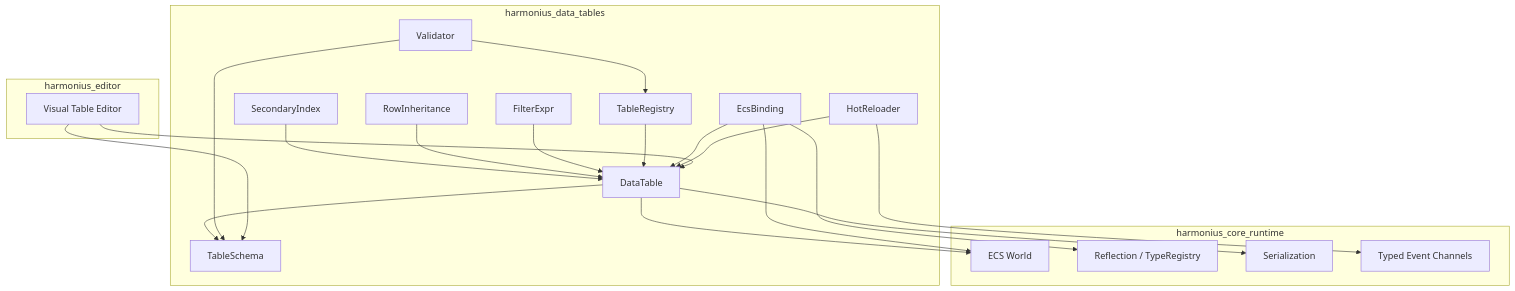
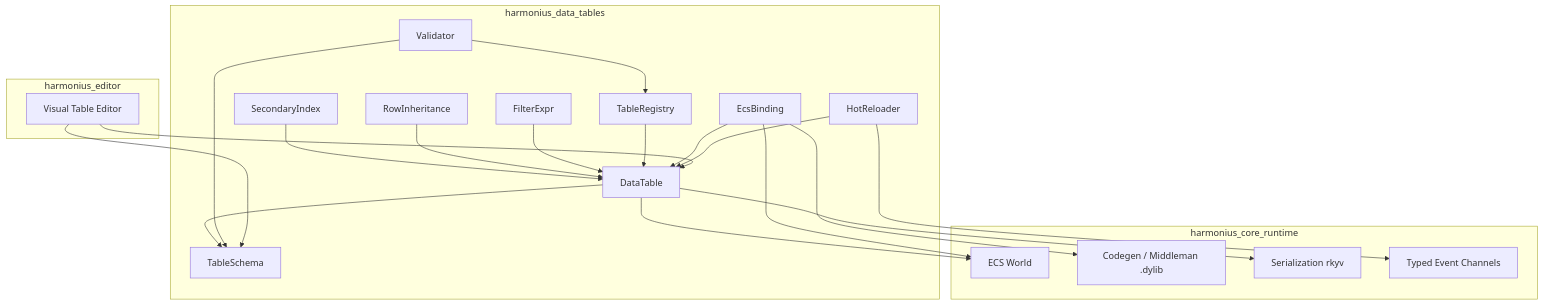
One commit to harmonius-dev/harmonius changed the first of 3 diagrams in docs/design/data-systems/data-tables.md. Above: the diagram before and after it, drawn with Mermaid. The commit also changed other lines of this file and 174 other files, not shown here.

````diff
--- a/docs/design/data-systems/data-tables.md
+++ b/docs/design/data-systems/data-tables.md
@@ -64,44 +74,44 @@
 ```mermaid
 graph TD
     subgraph "harmonius_data_tables"
         TS[TableSchema]
         DT[DataTable]
         IX[SecondaryIndex]
         RI[RowInheritance]
         FE[FilterExpr]
         VA[Validator]
         HR[HotReloader]
         EB[EcsBinding]
         TR[TableRegistry]
     end
 
     subgraph "harmonius_core_runtime"
         ECS[ECS World]
-        REF[Reflection / TypeRegistry]
-        SER[Serialization]
+        CDG[Codegen / Middleman .dylib]
+        SER[Serialization rkyv]
         EV[Typed Event Channels]
     end
 
     subgraph "harmonius_editor"
         VTE[Visual Table Editor]
     end
 
     DT --> TS
     IX --> DT
     RI --> DT
     FE --> DT
     TR --> DT
 
     DT --> ECS
     EB --> ECS
     EB --> DT
-    EB --> REF
+    EB --> CDG
     DT --> SER
     HR --> EV
     HR --> DT
     VA --> TS
     VA --> TR
 
     VTE --> DT
     VTE --> TS
 ```
````
